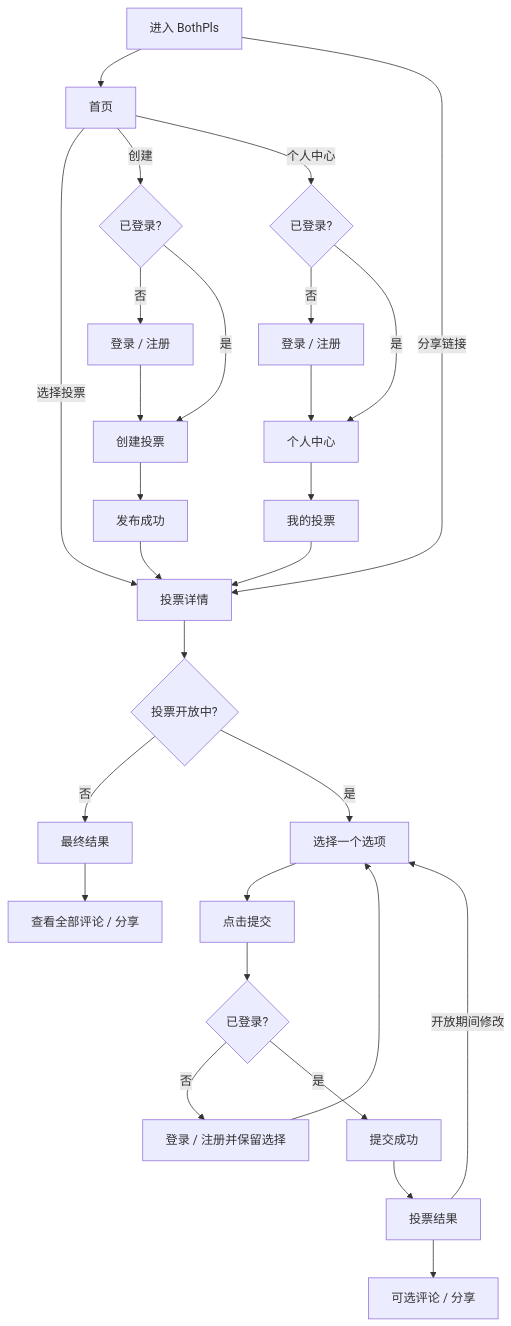
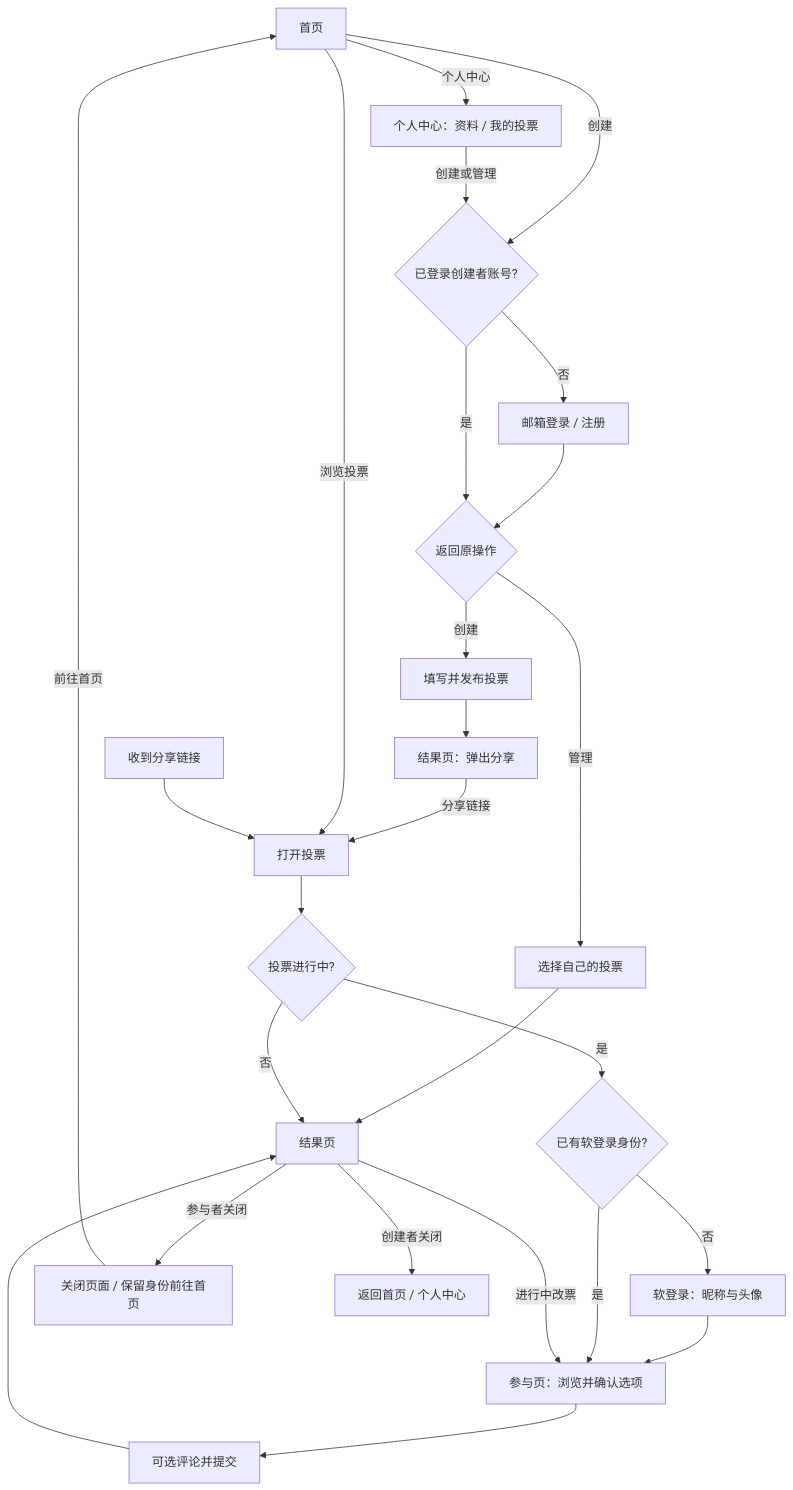
The first of 2 diagrams in docs/UserFlow.md (sd5913/The-Aliien-Repo), drawn with Mermaid before and after one commit. The commit also changed other lines of this file and 1 other file, not shown here.

Commit message:
fix: streamline user flow documentation and merge duplicate entry points

````diff
--- a/docs/UserFlow.md
+++ b/docs/UserFlow.md
@@ -11,35 +9,28 @@
 ```mermaid
 flowchart TD
-    A[进入 BothPls] --> B[首页]
-    A -->|分享链接| C[投票详情]
-
-    B -->|选择投票| C
-    B -->|创建| D{已登录?}
-    B -->|个人中心| E{已登录?}
-
-    D -->|否| F[登录 / 注册]
-    F --> G[创建投票]
-    D -->|是| G
-    G --> H[发布成功]
-    H --> C
-
-    E -->|否| I[登录 / 注册]
-    E -->|是| J[个人中心]
-    I --> J
-    J --> K[我的投票]
-    K --> C
-
-    C --> L{投票开放中?}
-    L -->|否| M[最终结果]
-    L -->|是| N[选择一个选项]
-    N --> O[点击提交]
-    O --> P{已登录?}
-    P -->|否| Q[登录 / 注册并保留选择]
-    Q --> N
-    P -->|是| R[提交成功]
-    R --> S[投票结果]
-
-    S -->|开放期间修改| N
-    S --> T[可选评论 / 分享]
-    M --> U[查看全部评论 / 分享]
+    H[首页] -->|创建| A{已登录创建者账号?}
+    H -->|个人中心| P[个人中心：资料 / 我的投票]
+    P -->|创建或管理| A
+    A -->|否| L[邮箱登录 / 注册]
+    L --> T{返回原操作}
+    A -->|是| T
+    T -->|创建| C[填写并发布投票]
+    T -->|管理| M[选择自己的投票]
+    C --> S[结果页：弹出分享]
+    S -->|分享链接| E[打开投票]
+    M --> R[结果页]
+    H -->|浏览投票| E
+    LINK[收到分享链接] --> E
+    E --> O{投票进行中?}
+    O -->|否| R
+    O -->|是| I{已有软登录身份?}
+    I -->|否| J[软登录：昵称与头像]
+    J --> V[参与页：浏览并确认选项]
+    I -->|是| V
+    V --> B[可选评论并提交]
+    B --> R
+    R -->|进行中改票| V
+    R -->|参与者关闭| X[关闭页面 / 保留身份前往首页]
+    X -->|前往首页| H
+    R -->|创建者关闭| BACK[返回首页 / 个人中心]
 ```
````
